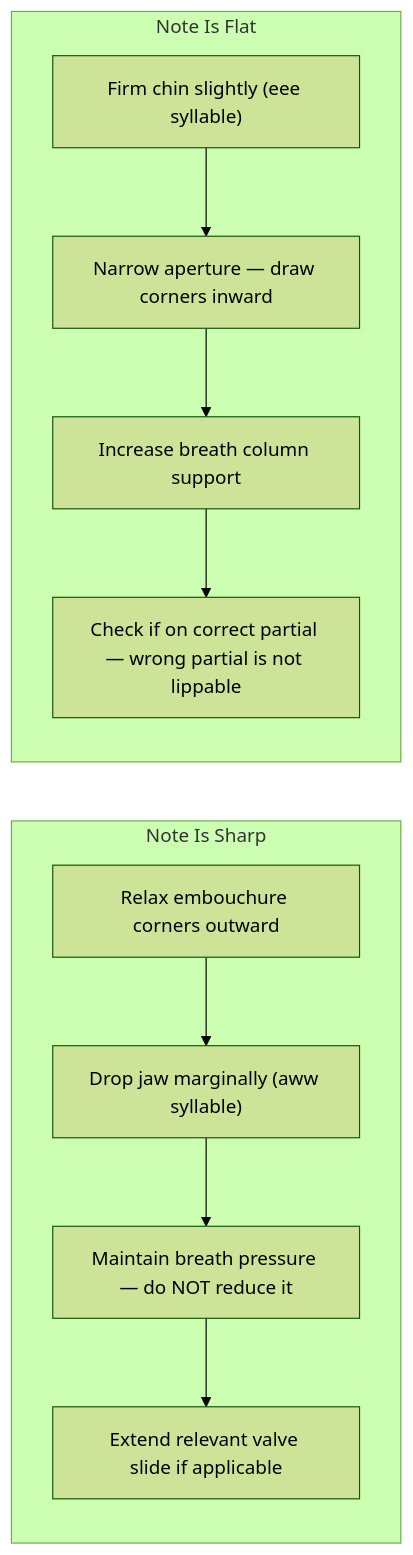
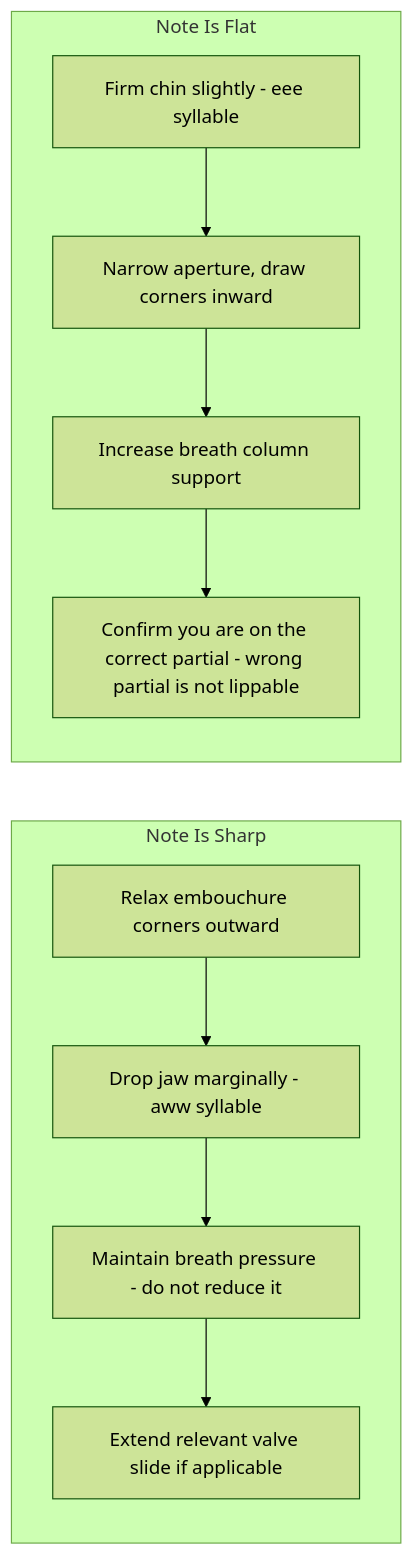
One commit to blebleblee/synapse changed the second of 4 diagrams in topics/arts/music_performance/brass/lesson_03_intonation_and_tuning.md. Above: the diagram before and after it, drawn with Mermaid (forest theme). The commit also changed other lines of this file and 4 other files, not shown here.

````diff
--- a/topics/arts/music_performance/brass/lesson_03_intonation_and_tuning.md
+++ b/topics/arts/music_performance/brass/lesson_03_intonation_and_tuning.md
@@ -171,20 +167,18 @@
 ```mermaid
 graph LR
     subgraph sub_sharp ["Note Is Sharp"]
         S1["Relax embouchure corners outward"]
-        S2["Drop jaw marginally (aww syllable)"]
-        S3["Maintain breath pressure — do NOT reduce it"]
+        S2["Drop jaw marginally - aww syllable"]
+        S3["Maintain breath pressure - do not reduce it"]
         S4["Extend relevant valve slide if applicable"]
-        S1 --> S2 --> S3
-        S3 --> S4
+        S1 --> S2 --> S3 --> S4
     end
 
     subgraph sub_flat ["Note Is Flat"]
-        F1["Firm chin slightly (eee syllable)"]
-        F2["Narrow aperture — draw corners inward"]
+        F1["Firm chin slightly - eee syllable"]
+        F2["Narrow aperture, draw corners inward"]
         F3["Increase breath column support"]
-        F4["Check if on correct partial — wrong partial is not lippable"]
-        F1 --> F2 --> F3
-        F3 --> F4
+        F4["Confirm you are on the correct partial - wrong partial is not lippable"]
+        F1 --> F2 --> F3 --> F4
     end
 ```
````
